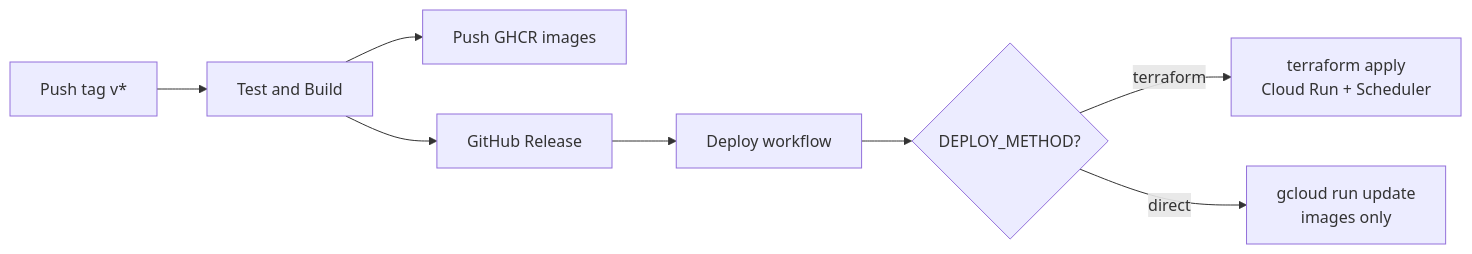
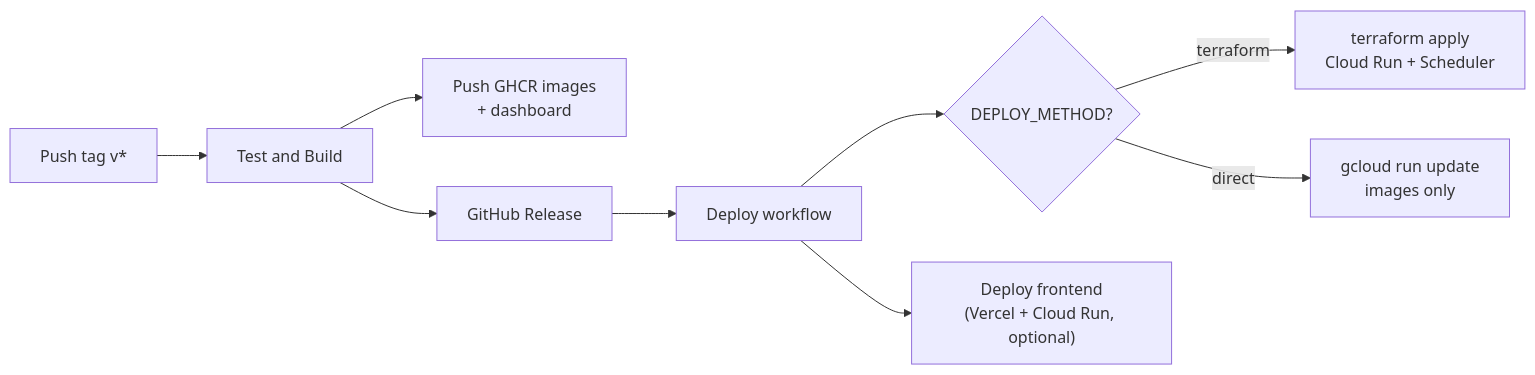
The third of 3 diagrams in README.md (aeswibon/manga-cdc), drawn with Mermaid before and after one commit. The commit also changed other lines of this file and 113 other files, not shown here.

````diff
--- a/README.md
+++ b/README.md
@@ -343,10 +403,11 @@
 ```mermaid
 flowchart LR
     Tag["Push tag v*"] --> CI["Test and Build"]
-    CI --> GHCR["Push GHCR images"]
+    CI --> GHCR["Push GHCR images\n+ dashboard"]
     CI --> Release["GitHub Release"]
     Release --> Deploy["Deploy workflow"]
     Deploy --> TF{"DEPLOY_METHOD?"}
     TF -->|terraform| Apply["terraform apply\nCloud Run + Scheduler"]
     TF -->|direct| Update["gcloud run update\nimages only"]
+    Deploy --> Status["Deploy frontend\n(Vercel + Cloud Run, optional)"]
 ```
````
